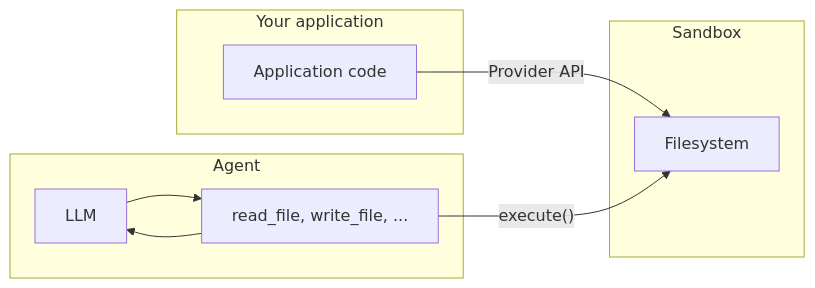
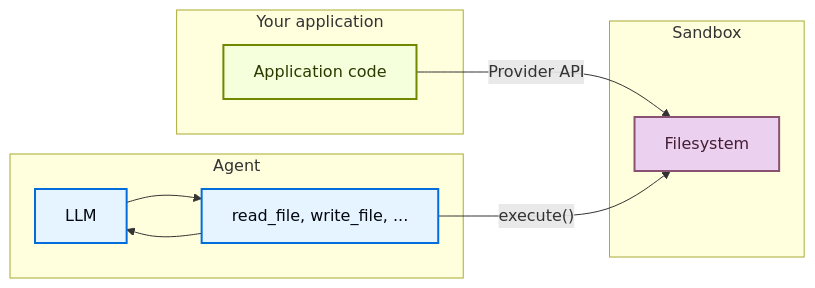
One commit to fede-kamel/docs-1 changed the third of 3 diagrams in build/oss/javascript/deepagents/sandboxes.mdx. Above: the diagram before and after it, drawn with Mermaid. The commit also changed other lines of this file and 3929 other files, not shown here.

````diff
--- a/build/oss/javascript/deepagents/sandboxes.mdx
+++ b/build/oss/javascript/deepagents/sandboxes.mdx
@@ -232,18 +297,26 @@
 ```mermaid
 graph LR
     subgraph "Your application"
         App[Application code]
     end
 
     subgraph "Agent"
         LLM --> Tools["read_file, write_file, ..."]
         Tools --> LLM
     end
 
     subgraph "Sandbox"
         FS[Filesystem]
     end
 
     App -- "Provider API" --> FS
     Tools -- "execute()" --> FS
+
+    classDef trigger fill:#F6FFDB,stroke:#6E8900,stroke-width:2px,color:#2E3900
+    classDef process fill:#E5F4FF,stroke:#006DDD,stroke-width:2px,color:#030710
+    classDef output fill:#EBD0F0,stroke:#885270,stroke-width:2px,color:#441E33
+
+    class App trigger
+    class LLM,Tools process
+    class FS output
 ```
````
